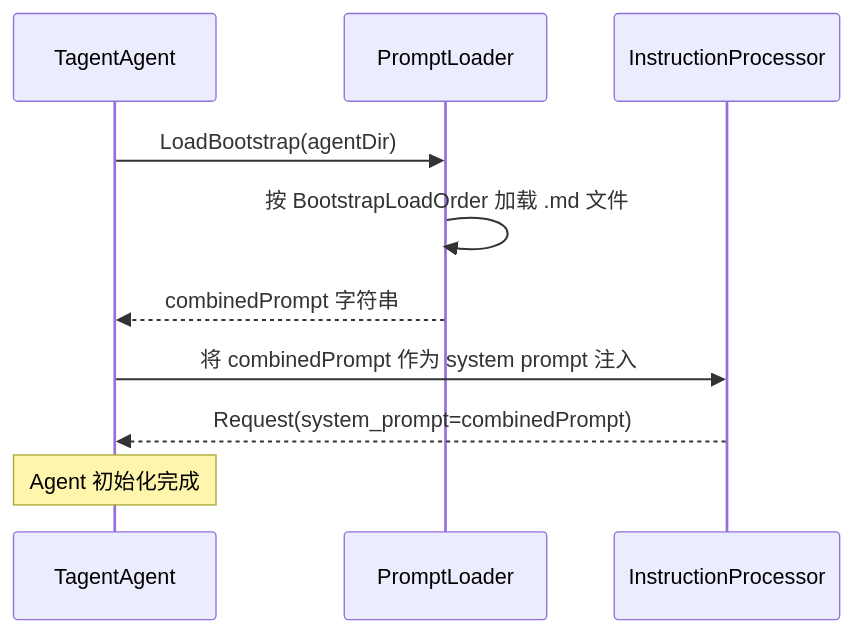
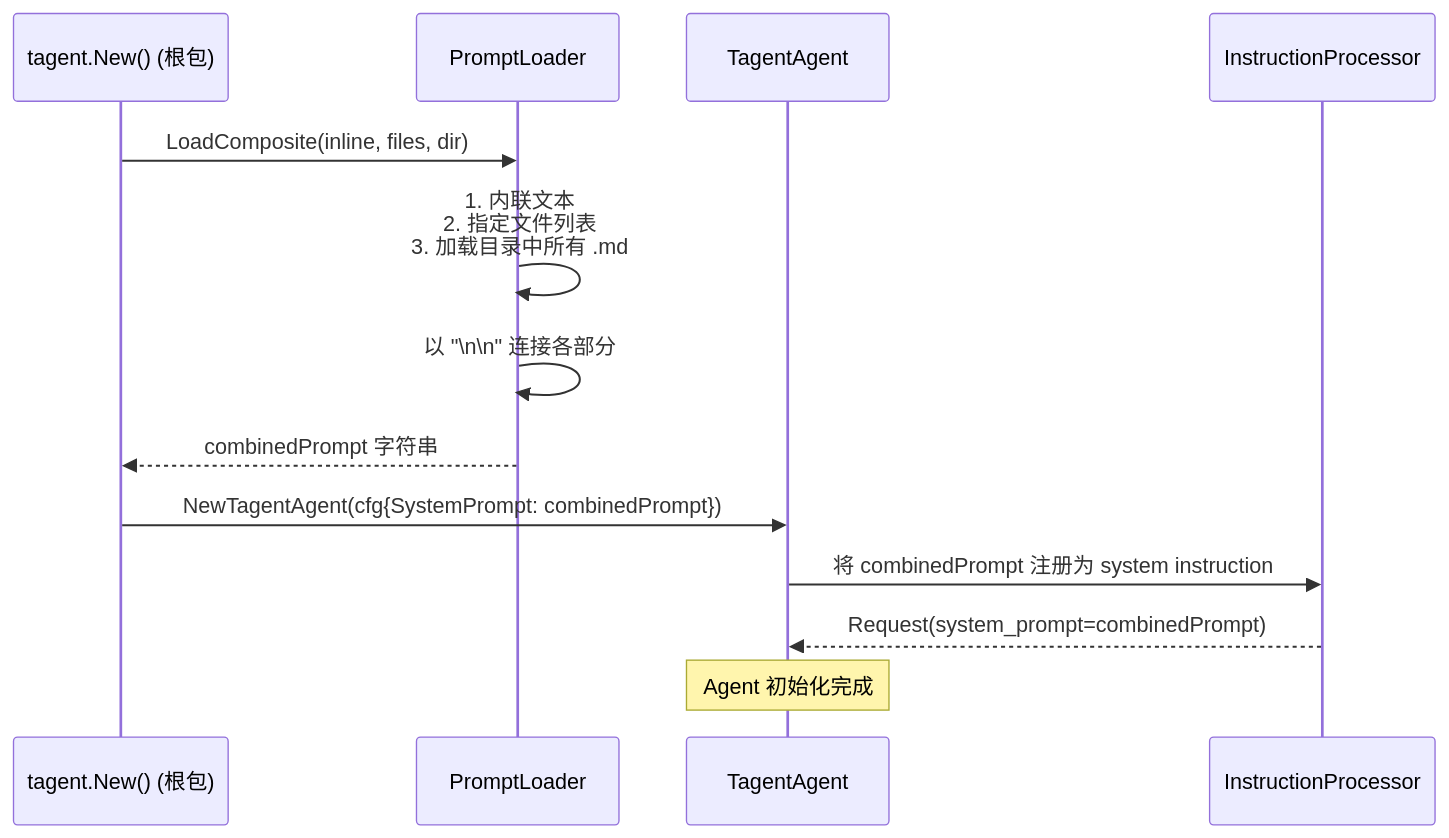
The diagram in docs/wiki/prompt/prompt-architecture.md (SpellingDragon/tagent), drawn with Mermaid before and after one commit. The commit also changed other lines of this file and 53 other files, not shown here.

````diff
--- a/docs/wiki/prompt/prompt-architecture.md
+++ b/docs/wiki/prompt/prompt-architecture.md
@@ -319,13 +357,16 @@
 ```mermaid
 sequenceDiagram
+    participant Root as tagent.New() (根包)
+    participant PL as PromptLoader
     participant TA as TagentAgent
-    participant PL as PromptLoader
     participant IP as InstructionProcessor
 
-    TA->>PL: LoadBootstrap(agentDir)
-    PL->>PL: 按 BootstrapLoadOrder 加载 .md 文件
-    PL-->>TA: combinedPrompt 字符串
-    TA->>IP: 将 combinedPrompt 作为 system prompt 注入
+    Root->>PL: LoadComposite(inline, files, dir)
+    PL->>PL: 1. 内联文本<br/>2. 指定文件列表<br/>3. 加载目录中所有 .md
+    PL->>PL: 以 "\n\n" 连接各部分
+    PL-->>Root: combinedPrompt 字符串
+    Root->>TA: NewTagentAgent(cfg{SystemPrompt: combinedPrompt})
+    TA->>IP: 将 combinedPrompt 注册为 system instruction
     IP-->>TA: Request(system_prompt=combinedPrompt)
     Note over TA: Agent 初始化完成
 ```
````
